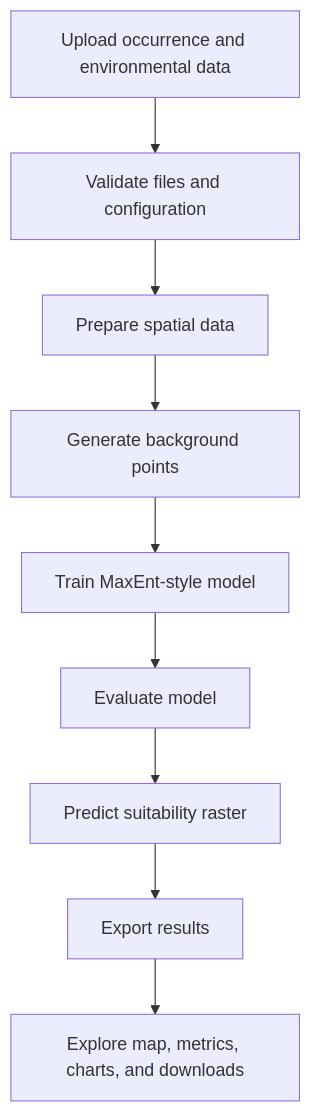
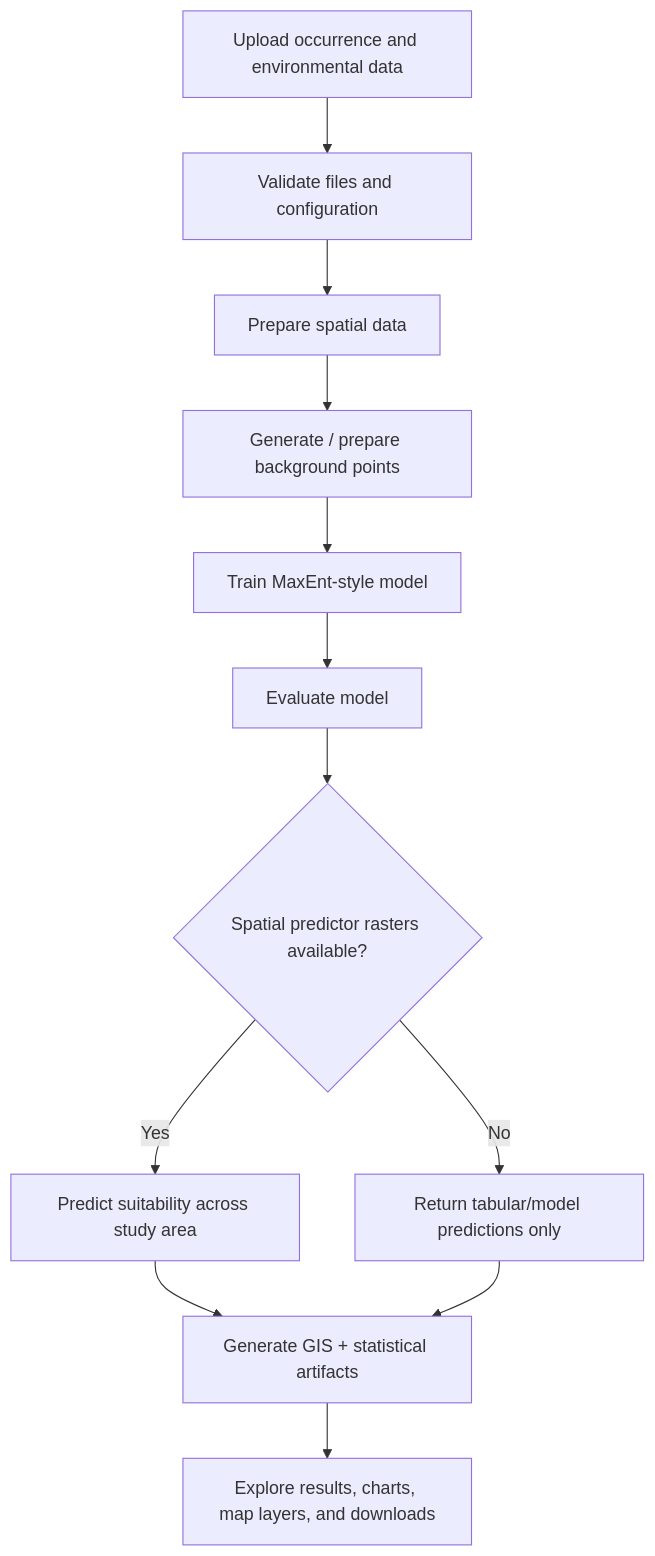
One commit to uroge/maxent-eco-suitability changed the second of 4 diagrams in README.md. Above: the diagram before and after it, drawn with Mermaid. The commit also changed other lines of this file, not shown here.

````diff
--- a/README.md
+++ b/README.md
@@ -31,11 +66,22 @@
 ```mermaid
 flowchart TD
   I[Upload occurrence and environmental data] --> V[Validate files and configuration]
+
   V --> P[Prepare spatial data]
-  P --> B[Generate background points]
+
+  P --> B[Generate / prepare background points]
+
   B --> M[Train MaxEnt-style model]
+
   M --> E[Evaluate model]
-  E --> G[Predict suitability raster]
-  G --> X[Export results]
-  X --> D[Explore map, metrics, charts, and downloads]
+
+  E --> C{Spatial predictor rasters available?}
+
+  C -->|Yes| G[Predict suitability across study area]
+  C -->|No| T[Return tabular/model predictions only]
+
+  G --> X[Generate GIS + statistical artifacts]
+  T --> X
+
+  X --> D[Explore results, charts, map layers, and downloads]
 ```
````
